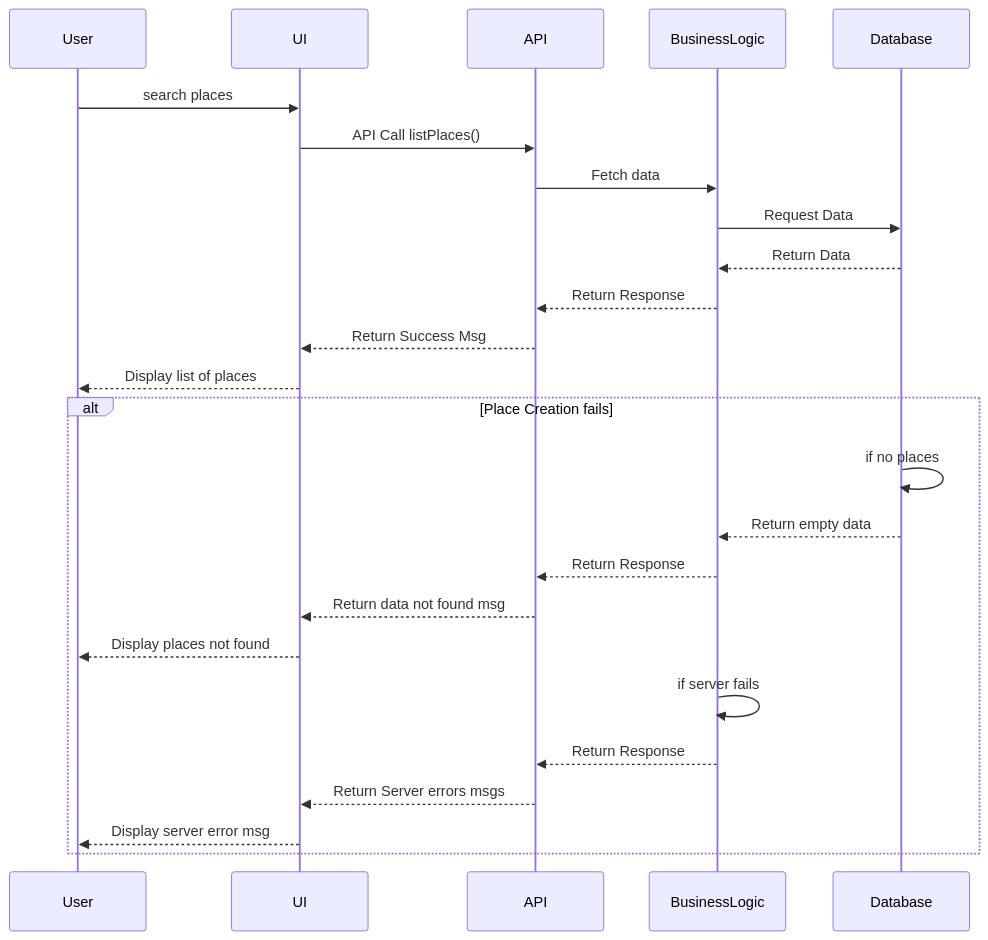
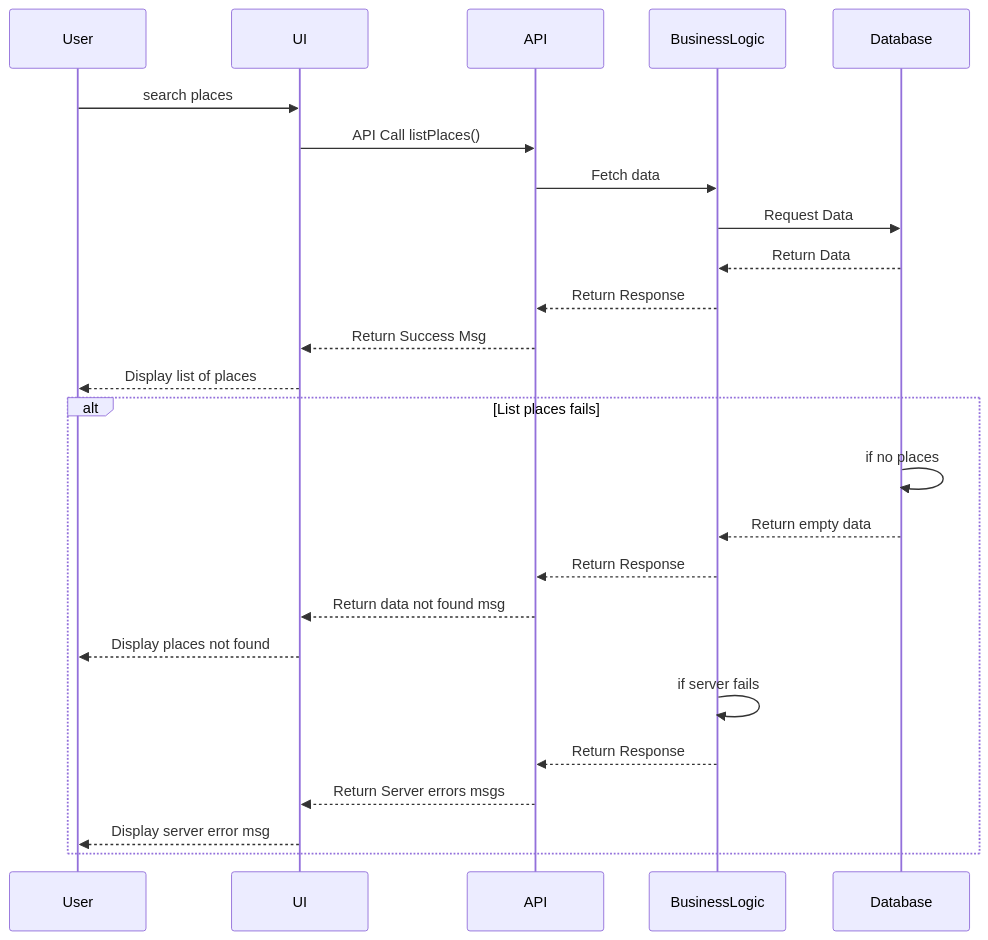
Before and after one commit to JulieRaph/holbertonschool-hbnb: the fourth of 4 diagrams in part_1/sequence_diagrams.md, drawn with Mermaid. The commit also changed other lines of this file, not shown here.

Commit message:
Fix alt flows

````diff
--- a/part_1/sequence_diagrams.md
+++ b/part_1/sequence_diagrams.md
@@ -101,28 +101,28 @@
 ```mermaid
 sequenceDiagram
   participant User as User
   participant UI as UI
   participant API as API
   participant BusinessLogic as BusinessLogic
   participant Database as Database
 
   User ->> UI: search places
   UI ->> API: API Call listPlaces()
   API ->> BusinessLogic: Fetch data
   BusinessLogic ->> Database: Request Data
   Database -->> BusinessLogic: Return Data
   BusinessLogic -->> API: Return Response
   API -->> UI: Return Success Msg
   UI -->> User: Display list of places
-  alt Place Creation fails
+  alt List places fails
     Database ->> Database: if no places
     Database -->> BusinessLogic: Return empty data
     BusinessLogic -->> API: Return Response
     API -->> UI: Return data not found msg
     UI -->> User: Display places not found
     BusinessLogic ->> BusinessLogic: if server fails
     BusinessLogic -->> API: Return Response
     API -->> UI: Return Server errors msgs
     UI -->> User: Display server error msg
   end
 ```
````
